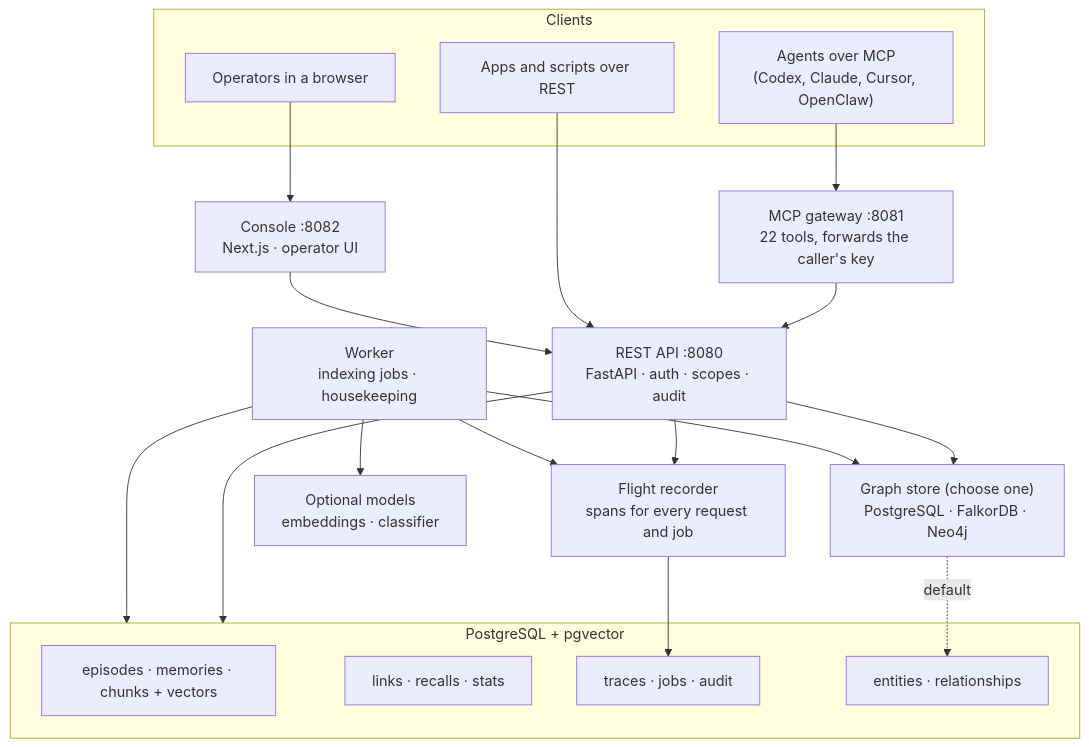
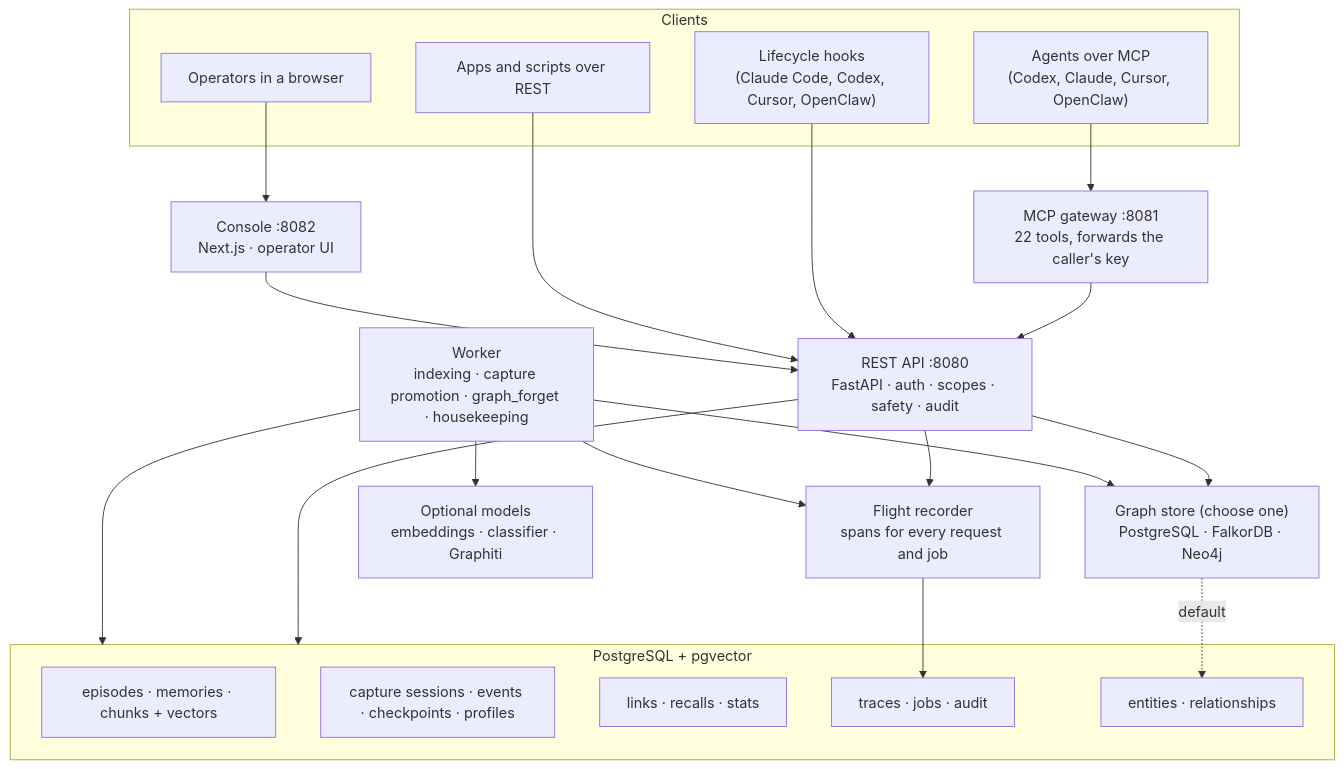
One commit to JIGGAI/albert changed the fourth of 4 diagrams in README.md. Above: the diagram before and after it, drawn with Mermaid. The commit also changed other lines of this file, not shown here.

````diff
--- a/README.md
+++ b/README.md
@@ -130,32 +257,35 @@
 ```mermaid
 flowchart TB
     subgraph Clients
         C1["Agents over MCP<br/>(Codex, Claude, Cursor, OpenClaw)"]
+        C4["Lifecycle hooks<br/>(Claude Code, Codex, Cursor, OpenClaw)"]
         C2["Apps and scripts over REST"]
         C3["Operators in a browser"]
     end
     MCP["MCP gateway :8081<br/>22 tools, forwards the caller's key"]
-    API["REST API :8080<br/>FastAPI · auth · scopes · audit"]
+    API["REST API :8080<br/>FastAPI · auth · scopes · safety · audit"]
     CON["Console :8082<br/>Next.js · operator UI"]
-    W["Worker<br/>indexing jobs · housekeeping"]
+    W["Worker<br/>indexing · capture promotion · graph_forget · housekeeping"]
     REC["Flight recorder<br/>spans for every request and job"]
     subgraph PG["PostgreSQL + pgvector"]
         T1["episodes · memories · chunks + vectors"]
+        T5["capture sessions · events · checkpoints · profiles"]
         T2["links · recalls · stats"]
         T3["traces · jobs · audit"]
         T4["entities · relationships"]
     end
     GS["Graph store (choose one)<br/>PostgreSQL · FalkorDB · Neo4j"]
-    LLM["Optional models<br/>embeddings · classifier"]
+    LLM["Optional models<br/>embeddings · classifier · Graphiti"]
     C1 --> MCP --> API
+    C4 --> API
     C2 --> API
     C3 --> CON --> API
     API --> PG
     API --> GS
     API --> REC --> T3
     W --> PG
     W --> GS
     W --> LLM
     W --> REC
     GS -. default .-> T4
 ```
````
